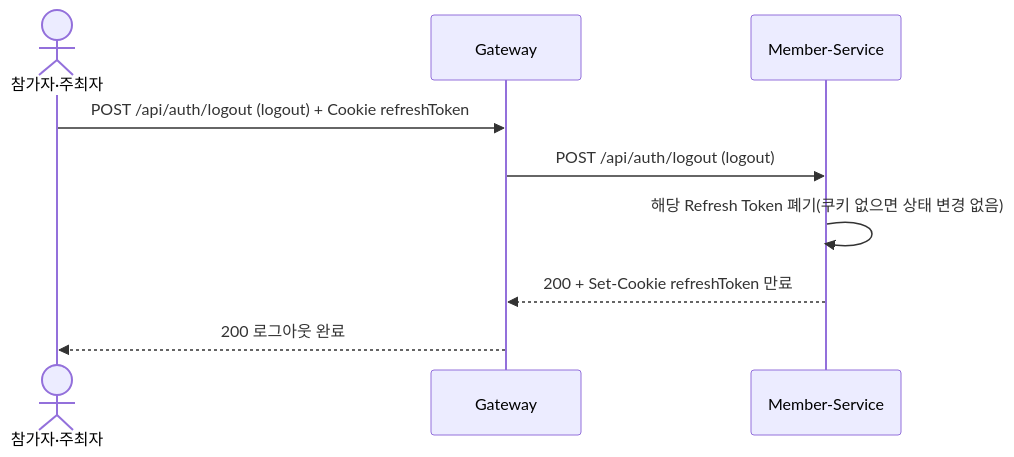
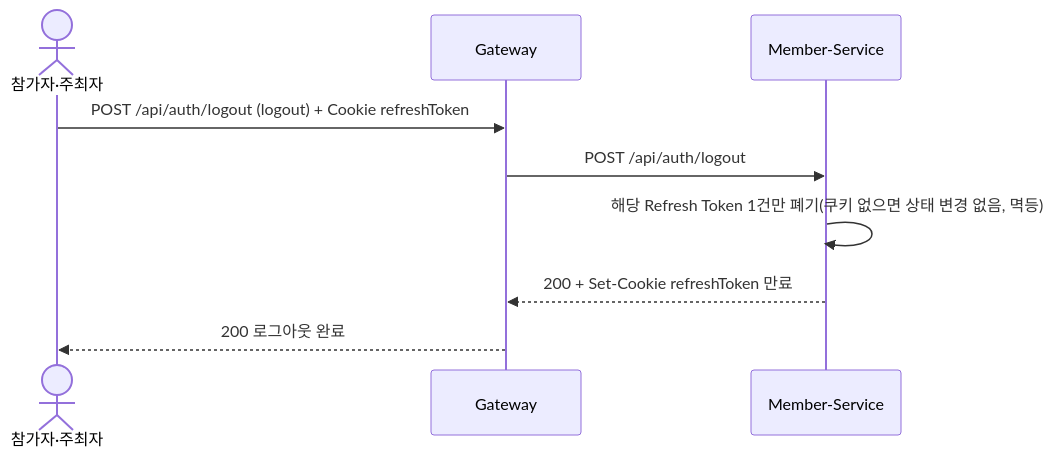
Before and after one commit to likelion-backend-24th/Final-Project-Team3: the fourth of 30 diagrams in docs/시퀀스.md, drawn with Mermaid. The commit also changed other lines of this file and 4 other files, not shown here.

````diff
--- a/docs/시퀀스.md
+++ b/docs/시퀀스.md
@@ -84,11 +92,11 @@
 ```mermaid
 sequenceDiagram
     actor P as 참가자·주최자
     participant G as Gateway
     participant MS as Member-Service
     P->>G: POST /api/auth/logout (logout) + Cookie refreshToken
-    G->>MS: POST /api/auth/logout (logout)
-    MS->>MS: 해당 Refresh Token 폐기(쿠키 없으면 상태 변경 없음)
+    G->>MS: POST /api/auth/logout
+    MS->>MS: 해당 Refresh Token 1건만 폐기(쿠키 없으면 상태 변경 없음, 멱등)
     MS-->>G: 200 + Set-Cookie refreshToken 만료
     G-->>P: 200 로그아웃 완료
 ```
````
